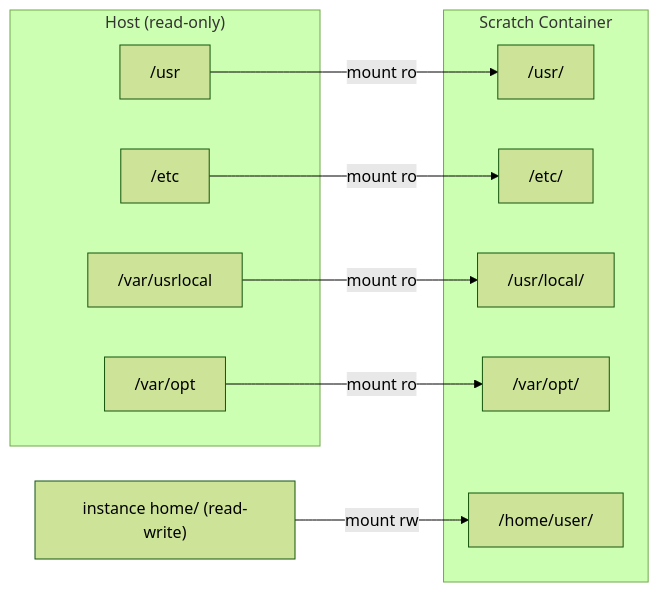
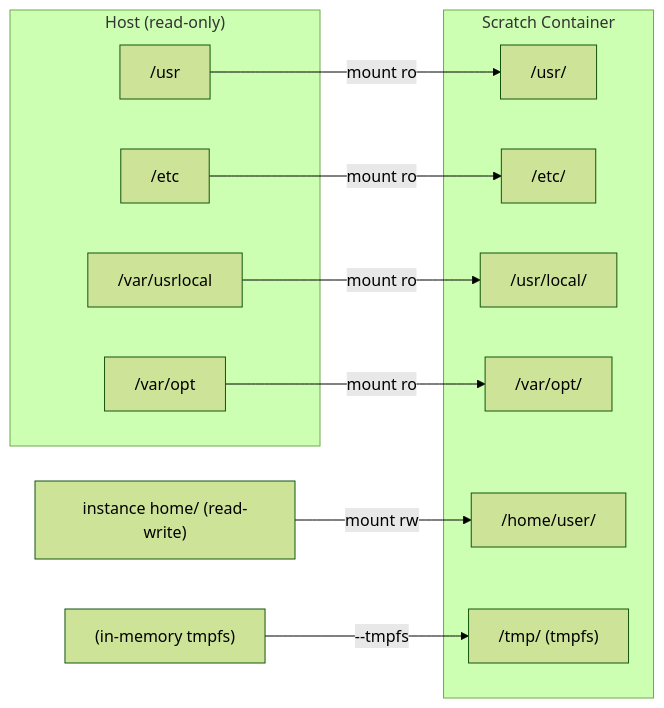
The fifth of 17 diagrams in HELP.md (Microtome/scratch_monkey), drawn with Mermaid (forest theme) before and after one commit. The commit also changed other lines of this file and 3 other files, not shown here.

````diff
--- a/HELP.md
+++ b/HELP.md
@@ -231,24 +231,26 @@
 ```mermaid
 graph LR
     subgraph host["Host (read-only)"]
         H1["/usr"]
         H2["/etc"]
         H3["/var/usrlocal"]
         H4["/var/opt"]
     end
 
     subgraph container["Scratch Container"]
         C1["/usr/"]
         C2["/etc/"]
         C3["/usr/local/"]
         C4["/var/opt/"]
         C5["/home/user/"]
+        C6["/tmp/ (tmpfs)"]
     end
 
     H1 -->|mount ro| C1
     H2 -->|mount ro| C2
     H3 -->|mount ro| C3
     H4 -->|mount ro| C4
 
     HOME["instance home/ (read-write)"] -->|mount rw| C5
+    TMPFS["(in-memory tmpfs)"] -->|"--tmpfs"| C6
 ```
````
